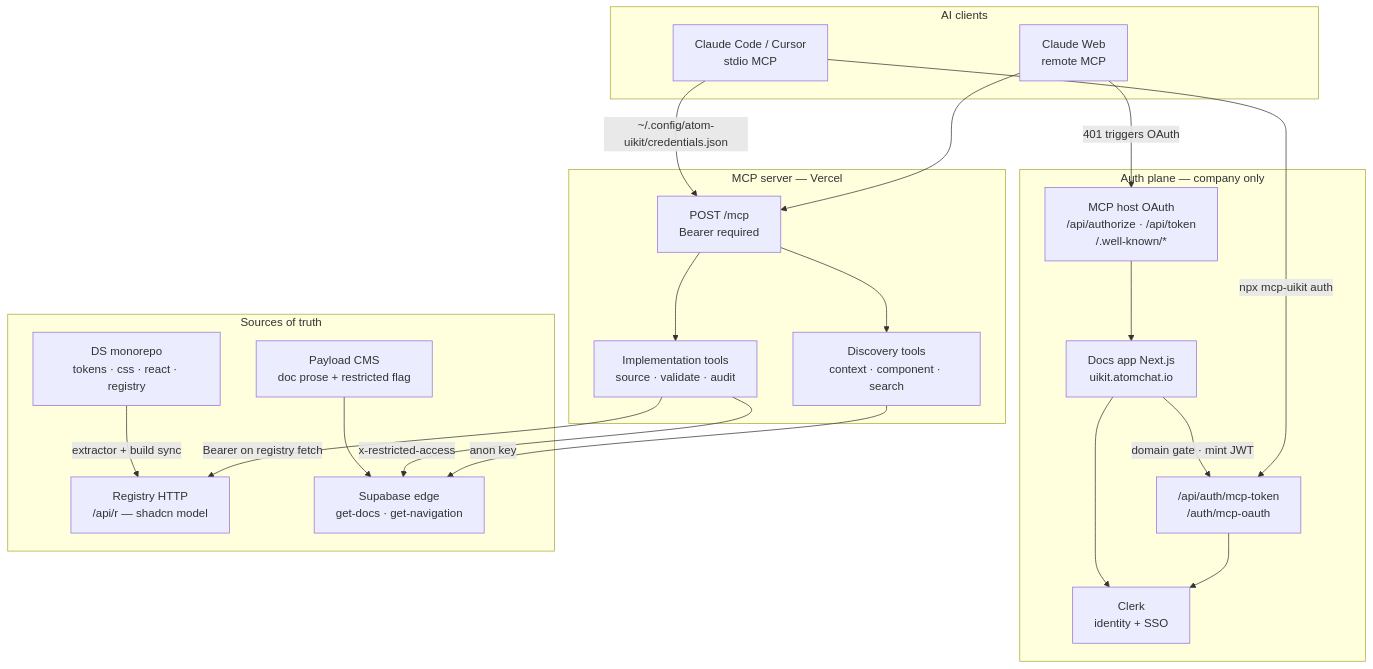
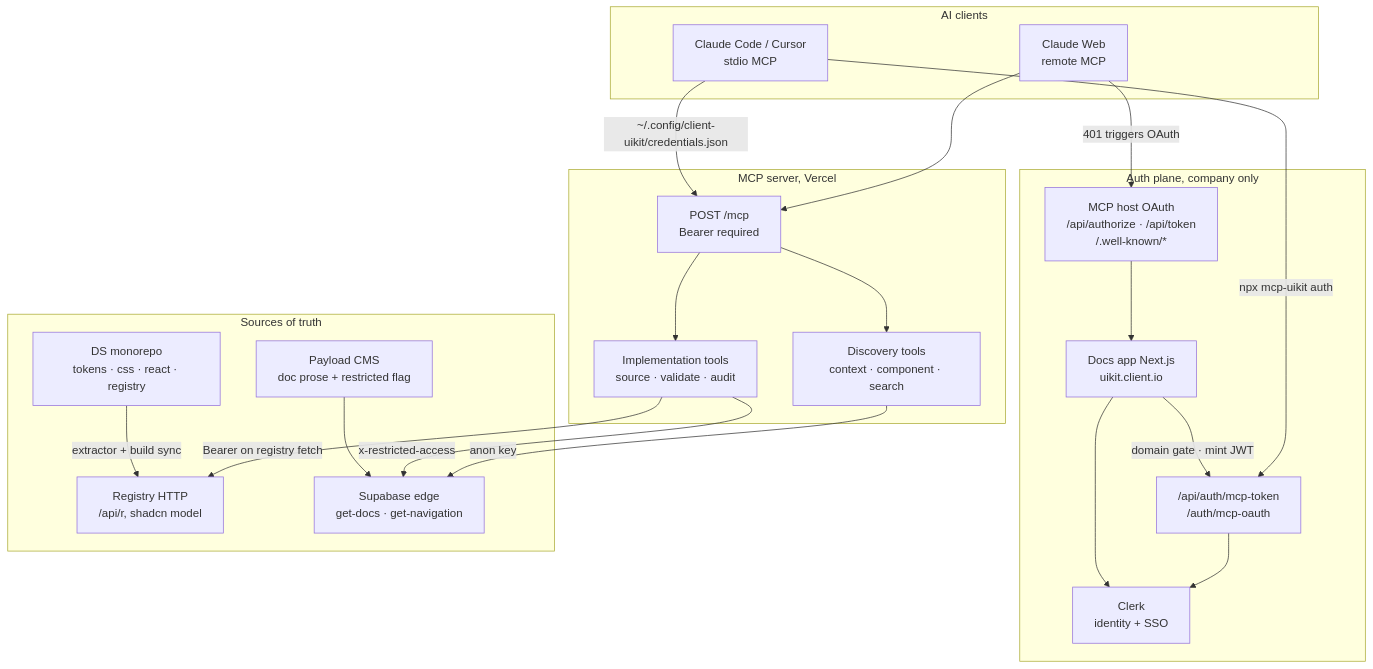
Before and after one commit to karenrebecag/Portfolio2026: the fourth of 6 diagrams in apps/web/src/content/projects/design-system-ships-itself-en.md, drawn with Mermaid. The commit also changed other lines of this file and 2 other files, not shown here.

First line of the commit message:
docs(portfolio): sync design-system case study and anonymize client

````diff
--- a/apps/web/src/content/projects/design-system-ships-itself-en.md
+++ b/apps/web/src/content/projects/design-system-ships-itself-en.md
@@ -284,43 +287,43 @@
-```mermaid ATOM UIKit MCP platform architecture
+```mermaid Client UIKit MCP platform architecture
 flowchart TB
   subgraph Clients["AI clients"]
     CW["Claude Web<br/>remote MCP"]
     IDE["Claude Code / Cursor<br/>stdio MCP"]
   end
 
-  subgraph AuthPlane["Auth plane — company only"]
+  subgraph AuthPlane["Auth plane, company only"]
     Clerk["Clerk<br/>identity + SSO"]
-    DocsApp["Docs app Next.js<br/>uikit.atomchat.io"]
+    DocsApp["Docs app Next.js<br/>uikit.client.io"]
     TokenRoutes["/api/auth/mcp-token<br/>/auth/mcp-oauth"]
     OAuthEP["MCP host OAuth<br/>/api/authorize · /api/token<br/>/.well-known/*"]
   end
 
-  subgraph MCPPlane["MCP server — Vercel"]
+  subgraph MCPPlane["MCP server, Vercel"]
     Gate["POST /mcp<br/>Bearer required"]
     DiscTools["Discovery tools<br/>context · component · search"]
     ImplTools["Implementation tools<br/>source · validate · audit"]
   end
 
   subgraph Sources["Sources of truth"]
     DS["DS monorepo<br/>tokens · css · react · registry"]
-    RegAPI["Registry HTTP<br/>/api/r — shadcn model"]
+    RegAPI["Registry HTTP<br/>/api/r, shadcn model"]
     SB["Supabase edge<br/>get-docs · get-navigation"]
     CMS["Payload CMS<br/>doc prose + restricted flag"]
   end
 
   CW -->|401 triggers OAuth| OAuthEP
   IDE -->|npx mcp-uikit auth| TokenRoutes
   OAuthEP --> DocsApp
   TokenRoutes --> Clerk
   DocsApp --> Clerk
   DocsApp -->|domain gate · mint JWT| TokenRoutes
   CW --> Gate
-  IDE -->|~/.config/atom-uikit/credentials.json| Gate
+  IDE -->|~/.config/client-uikit/credentials.json| Gate
   Gate --> DiscTools
   Gate --> ImplTools
   DiscTools -->|anon key| SB
   ImplTools -->|Bearer on registry fetch| RegAPI
   ImplTools -->|x-restricted-access| SB
   DS -->|extractor + build sync| RegAPI
   CMS --> SB
 ```
````
